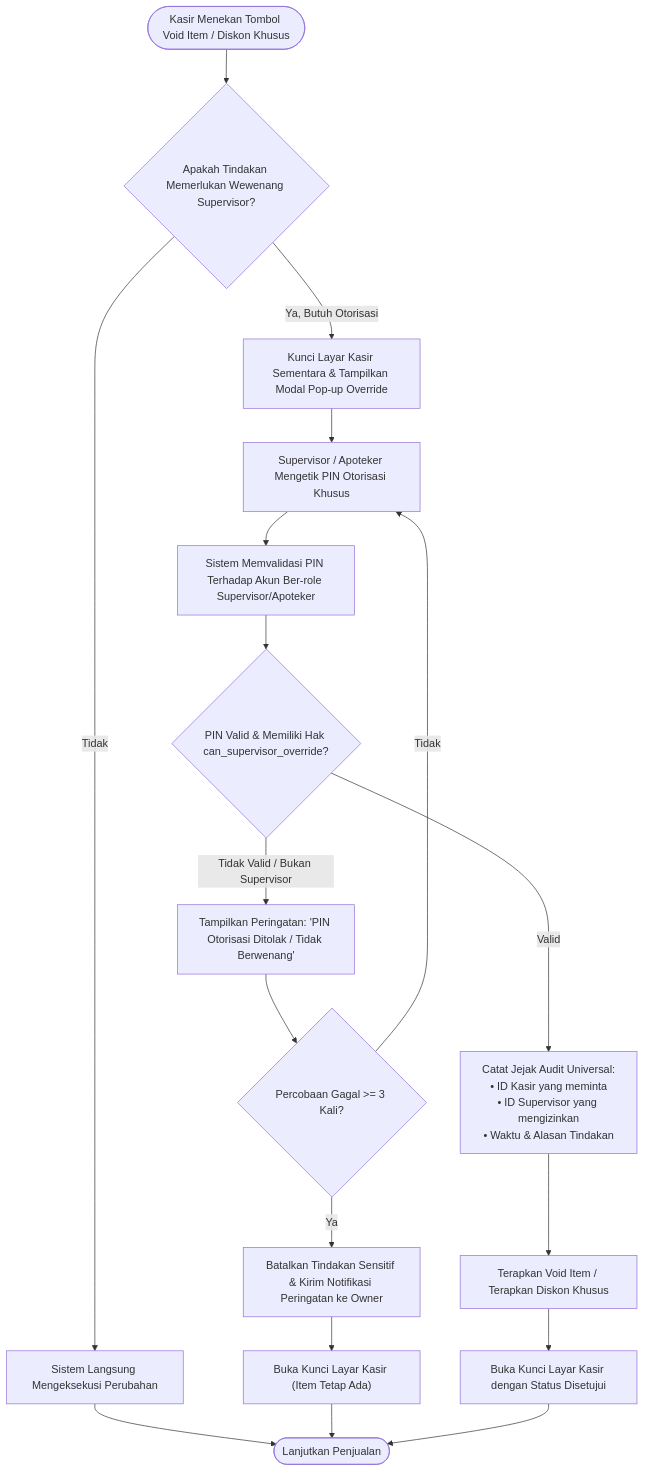
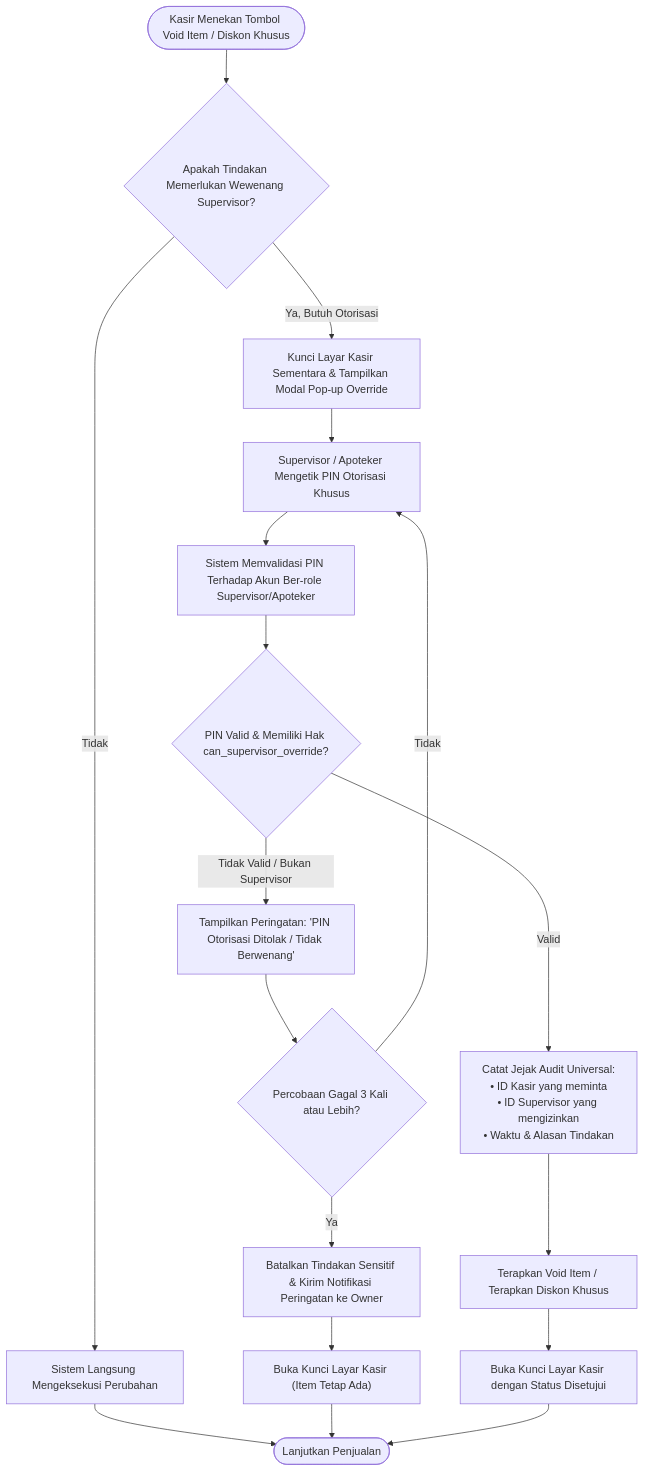
Before and after one commit to bagusyanuar/pharmacy-docs: the third of 9 diagrams in technical/diagrams/01-diagrams-auth-dan-cabang.md, drawn with Mermaid. The commit also changed other lines of this file, not shown here.

Commit message:
fix(diagrams): sanitize raw comparison operators in Mermaid edge labels

````diff
--- a/technical/diagrams/01-diagrams-auth-dan-cabang.md
+++ b/technical/diagrams/01-diagrams-auth-dan-cabang.md
@@ -131,24 +131,24 @@
 ```mermaid
 flowchart TD
     TriggerAction([Kasir Menekan Tombol Void Item / Diskon Khusus]) --> CheckLimit{Apakah Tindakan Memerlukan Wewenang Supervisor?}
     
     CheckLimit -->|Tidak| ExecuteAction["Sistem Langsung Mengeksekusi Perubahan"]
     ExecuteAction --> ResumeSale([Lanjutkan Penjualan])
     
     CheckLimit -->|Ya, Butuh Otorisasi| LockCart["Kunci Layar Kasir Sementara & Tampilkan Modal Pop-up Override"]
     LockCart --> SupervisorInput["Supervisor / Apoteker Mengetik PIN Otorisasi Khusus"]
     SupervisorInput --> VerifySupervisor["Sistem Memvalidasi PIN Terhadap Akun Ber-role Supervisor/Apoteker"]
     
     VerifySupervisor --> IsSupervisorValid{PIN Valid & Memiliki Hak can_supervisor_override?}
     IsSupervisorValid -->|Tidak Valid / Bukan Supervisor| ShowOverrideFail["Tampilkan Peringatan: 'PIN Otorisasi Ditolak / Tidak Berwenang'"]
-    ShowOverrideFail --> RetryCountCheck{Percobaan Gagal >= 3 Kali?}
+    ShowOverrideFail --> RetryCountCheck{Percobaan Gagal 3 Kali atau Lebih?}
     RetryCountCheck -->|Ya| CancelOverrideAction["Batalkan Tindakan Sensitif & Kirim Notifikasi Peringatan ke Owner"]
     CancelOverrideAction --> UnlockCartFail["Buka Kunci Layar Kasir (Item Tetap Ada)"]
     UnlockCartFail --> ResumeSale
     RetryCountCheck -->|Tidak| SupervisorInput
     
-    IsSupervisorValid -->|Valid| LogAudit["Catat Jejak Audit Universal:<br>• ID Kasir yang meminta<br>• ID Supervisor yang mengizinkan<br>• Waktu & Alasan Tindakan"]
+    IsSupervisorValid -->|Valid| LogAudit["Catat Jejak Audit Universal:<br/>• ID Kasir yang meminta<br/>• ID Supervisor yang mengizinkan<br/>• Waktu & Alasan Tindakan"]
     LogAudit --> ApplyChange["Terapkan Void Item / Terapkan Diskon Khusus"]
     ApplyChange --> UnlockCartSuccess["Buka Kunci Layar Kasir dengan Status Disetujui"]
     UnlockCartSuccess --> ResumeSale
 ```
````
